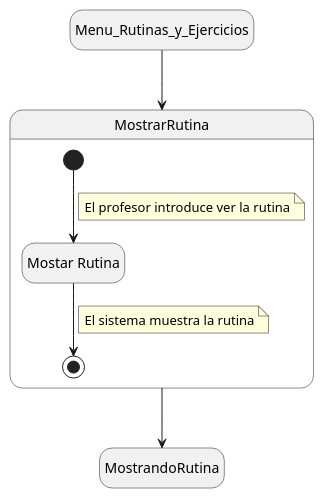
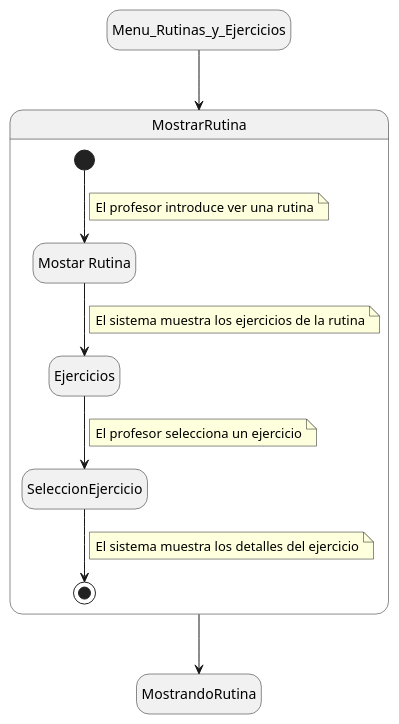
One commit to mmasias/24-25-IdSw1-SDR changed the diagram in Documentos/DetallarCasosDeUso/Profesor/MostrarRutina.puml. Above: the diagram before and after it, drawn with PlantUML. The commit also changed 2 other files, not shown here.

Commit message:
Mostrar Rutina

```diff
--- a/Documentos/DetallarCasosDeUso/Profesor/MostrarRutina.puml
+++ b/Documentos/DetallarCasosDeUso/Profesor/MostrarRutina.puml
@@ -1,22 +1,30 @@
 @startuml MostrarRutina
 
 hide empty description
 
 state Menu_Rutinas_y_Ejercicios
 state MostrandoRutina
 
 state MostrarRutina {
   state VerRutina as "Mostar Rutina"
   [*] --> VerRutina
   note on link
-    El profesor introduce ver la rutina
+    El profesor introduce ver una rutina
   end note
-  VerRutina --> [*]
+  VerRutina --> Ejercicios
   note on link
-    El sistema muestra la rutina
+    El sistema muestra los ejercicios de la rutina
+  end note
+  Ejercicios --> SeleccionEjercicio
+  note on link
+    El profesor selecciona un ejercicio
+  end note
+  SeleccionEjercicio --> [*]
+  note on link
+    El sistema muestra los detalles del ejercicio
   end note
 }
 
 Menu_Rutinas_y_Ejercicios --> MostrarRutina
 MostrarRutina --> MostrandoRutina
 @enduml
```
